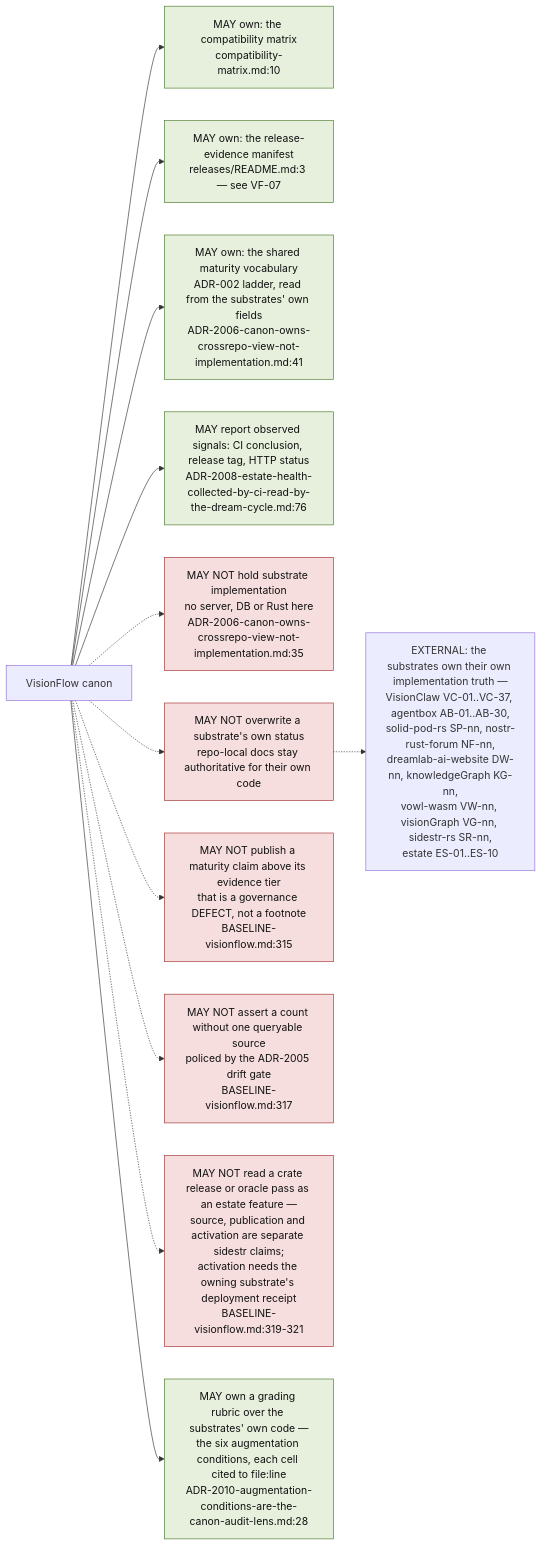
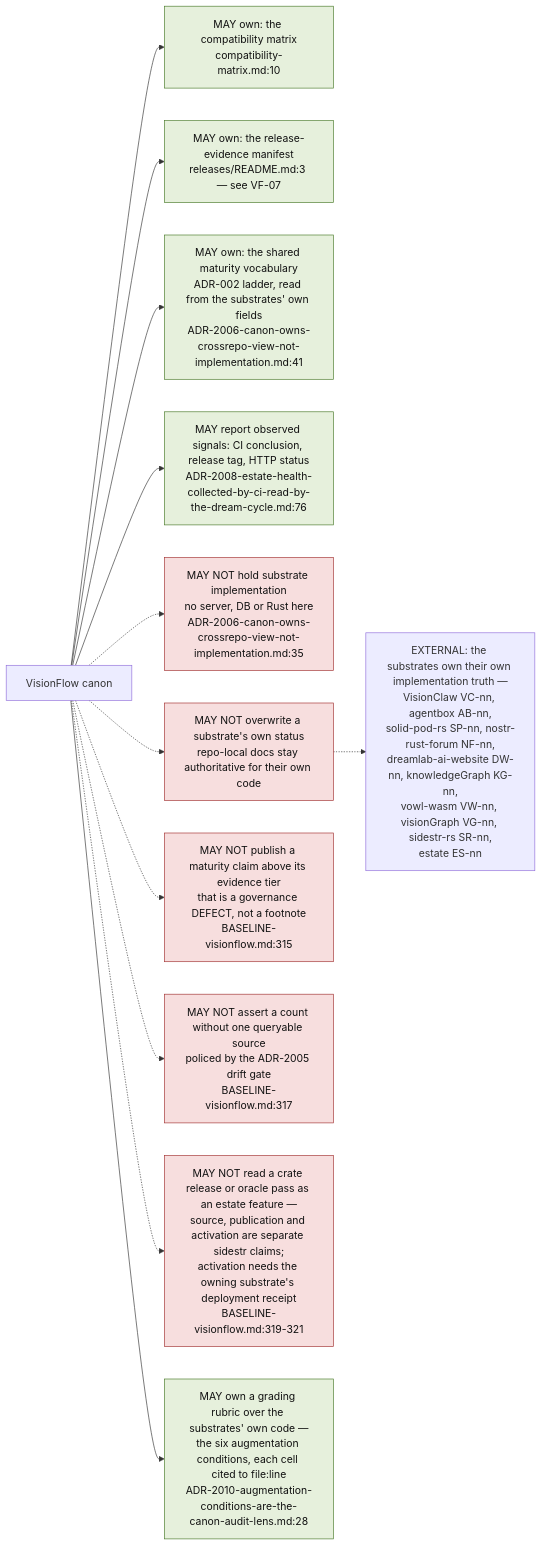
One commit to DreamLab-AI/VisionFlow changed the seventh of 11 diagrams in docs/diagrams/visionflow/01-repo-composition-and-canon.md. Above: the diagram before and after it, drawn with Mermaid. The commit also changed other lines of this file and 91 other files, not shown here.

First line of the commit message:
docs(audit): estate audit wave 2, every repository except agentbox and VisionClaw

````diff
--- a/docs/diagrams/visionflow/01-repo-composition-and-canon.md
+++ b/docs/diagrams/visionflow/01-repo-composition-and-canon.md
@@ -289,21 +305,21 @@
 ```mermaid
 flowchart LR
     classDef may fill:#e6f0dc,stroke:#4a7a2a,color:#111
     classDef mayn fill:#f7dede,stroke:#a33333,color:#111
 
     VF["VisionFlow canon"]
     VF --> M1["MAY own: the compatibility matrix<br/>compatibility-matrix.md:10"]:::may
     VF --> M2["MAY own: the release-evidence manifest<br/>releases/README.md:3 — see VF-07"]:::may
     VF --> M3["MAY own: the shared maturity vocabulary<br/>ADR-002 ladder, read from the substrates' own fields<br/>ADR-2006-canon-owns-crossrepo-view-not-implementation.md:41"]:::may
     VF --> M4["MAY report observed signals: CI conclusion, release tag, HTTP status<br/>ADR-2008-estate-health-collected-by-ci-read-by-the-dream-cycle.md:76"]:::may
 
     VF -.-> N1["MAY NOT hold substrate implementation<br/>no server, DB or Rust here<br/>ADR-2006-canon-owns-crossrepo-view-not-implementation.md:35"]:::mayn
     VF -.-> N2["MAY NOT overwrite a substrate's own status<br/>repo-local docs stay authoritative for their own code"]:::mayn
     VF -.-> N3["MAY NOT publish a maturity claim above its evidence tier<br/>that is a governance DEFECT, not a footnote<br/>BASELINE-visionflow.md:315"]:::mayn
     VF -.-> N4["MAY NOT assert a count without one queryable source<br/>policed by the ADR-2005 drift gate<br/>BASELINE-visionflow.md:317"]:::mayn
     VF -.-> N5["MAY NOT read a crate release or oracle pass as an estate feature —<br/>source, publication and activation are separate sidestr claims;<br/>activation needs the owning substrate's deployment receipt<br/>BASELINE-visionflow.md:319-321"]:::mayn
     VF --> M5["MAY own a grading rubric over the substrates' own code —<br/>the six augmentation conditions, each cell cited to file:line<br/>ADR-2010-augmentation-conditions-are-the-canon-audit-lens.md:28"]:::may
 
-    EXT["EXTERNAL: the substrates own their own implementation truth —<br/>VisionClaw VC-01..VC-37, agentbox AB-01..AB-30,<br/>solid-pod-rs SP-nn, nostr-rust-forum NF-nn,<br/>dreamlab-ai-website DW-nn, knowledgeGraph KG-nn,<br/>vowl-wasm VW-nn, visionGraph VG-nn, sidestr-rs SR-nn,<br/>estate ES-01..ES-10"]
+    EXT["EXTERNAL: the substrates own their own implementation truth —<br/>VisionClaw VC-nn, agentbox AB-nn,<br/>solid-pod-rs SP-nn, nostr-rust-forum NF-nn,<br/>dreamlab-ai-website DW-nn, knowledgeGraph KG-nn,<br/>vowl-wasm VW-nn, visionGraph VG-nn, sidestr-rs SR-nn,<br/>estate ES-nn"]
     N2 -.-> EXT
 ```
````
